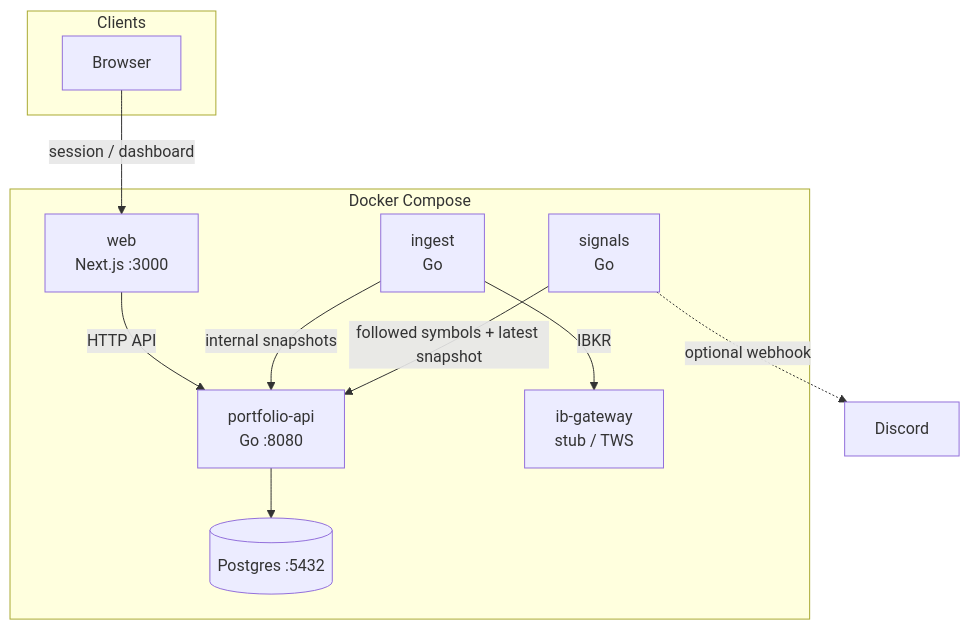
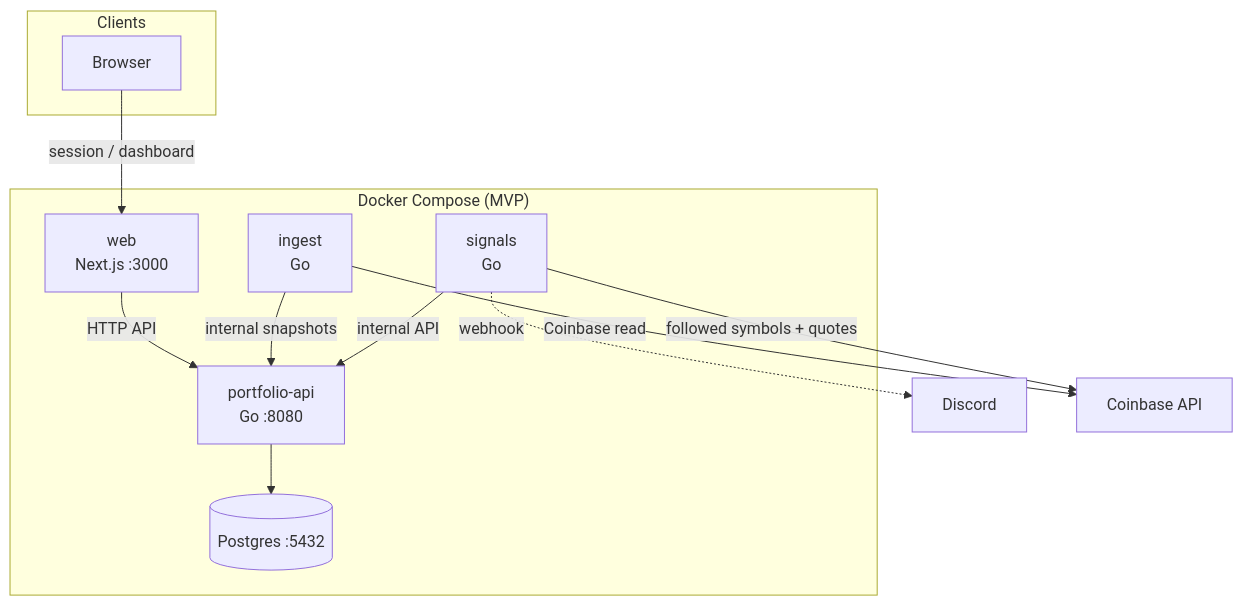
One commit to schtvr/morgans-d-stonks changed the diagram in README.md. Above: the diagram before and after it, drawn with Mermaid. The commit also changed other lines of this file and 21 other files, not shown here.

````diff
--- a/README.md
+++ b/README.md
@@ -18,25 +17,25 @@
 ```mermaid
 flowchart TB
   subgraph Clients
     B[Browser]
   end
 
-  subgraph Compose["Docker Compose"]
+  subgraph Compose["Docker Compose (MVP)"]
     W[web<br/>Next.js :3000]
     API[portfolio-api<br/>Go :8080]
     DB[(Postgres :5432)]
     ING[ingest<br/>Go]
     SIG[signals<br/>Go]
-    IB[ib-gateway<br/>stub / TWS]
   end
 
   DC[Discord]
 
   B -->|session / dashboard| W
   W -->|HTTP API| API
   API --> DB
-  ING -->|IBKR| IB
+  ING -->|Coinbase read| CB[Coinbase API]
   ING -->|internal snapshots| API
-  SIG -->|followed symbols + latest snapshot| API
-  SIG -.->|optional webhook| DC
+  SIG -->|followed symbols + quotes| CB
+  SIG -->|internal API| API
+  SIG -.->|webhook| DC
 ```
````
